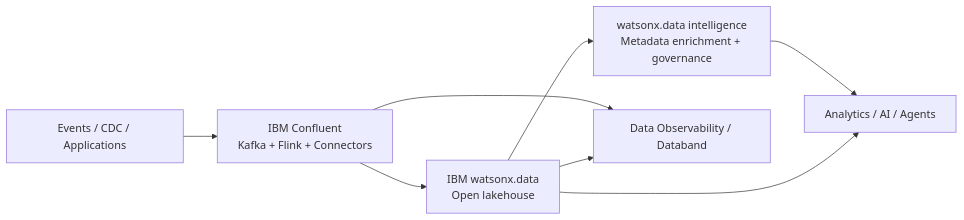
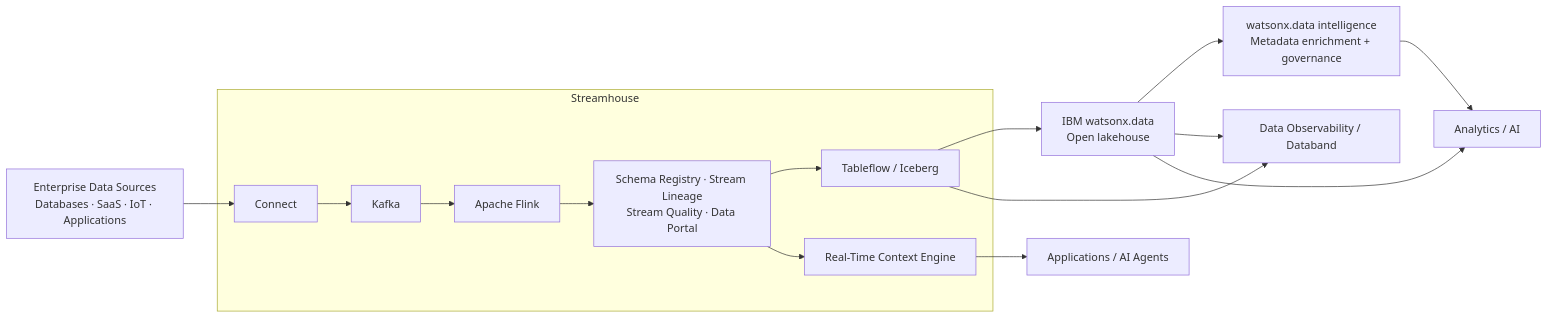
One commit to ibm-self-serve-assets/building-blocks-docs changed the diagram in docs-src/data-core/context/index.md. Above: the diagram before and after it, drawn with Mermaid. The commit also changed other lines of this file and 11 other files, not shown here.

````diff
--- a/docs-src/data-core/context/index.md
+++ b/docs-src/data-core/context/index.md
@@ -46,10 +47,18 @@
 ```mermaid
 flowchart LR
-    E["Events / CDC / Applications"] --> C["IBM Confluent<br/>Kafka + Flink + Connectors"]
-    C --> W["IBM watsonx.data<br/>Open lakehouse"]
-    W --> M["watsonx.data intelligence<br/>Metadata enrichment + governance"]
-    C --> O["Data Observability / Databand"]
+    SRC["Enterprise Data Sources<br/>Databases · SaaS · IoT · Applications"]
+    subgraph SH["Streamhouse"]
+        CONNECT["Connect"] --> KAFKA["Kafka"] --> FLINK["Apache Flink"]
+        FLINK --> GOV["Schema Registry · Stream Lineage<br/>Stream Quality · Data Portal"]
+        GOV --> TABLE["Tableflow / Iceberg"]
+        GOV --> RTCE["Real-Time Context Engine"]
+    end
+    SRC --> CONNECT
+    W["IBM watsonx.data<br/>Open lakehouse"] --> M["watsonx.data intelligence<br/>Metadata enrichment + governance"]
+    TABLE --> W
+    RTCE --> AGENTS["Applications / AI Agents"]
+    TABLE --> O["Data Observability / Databand"]
     W --> O
-    M --> A["Analytics / AI / Agents"]
-    W --> A
+    M --> ANALYTICS["Analytics / AI"]
+    W --> ANALYTICS
 ```
````
